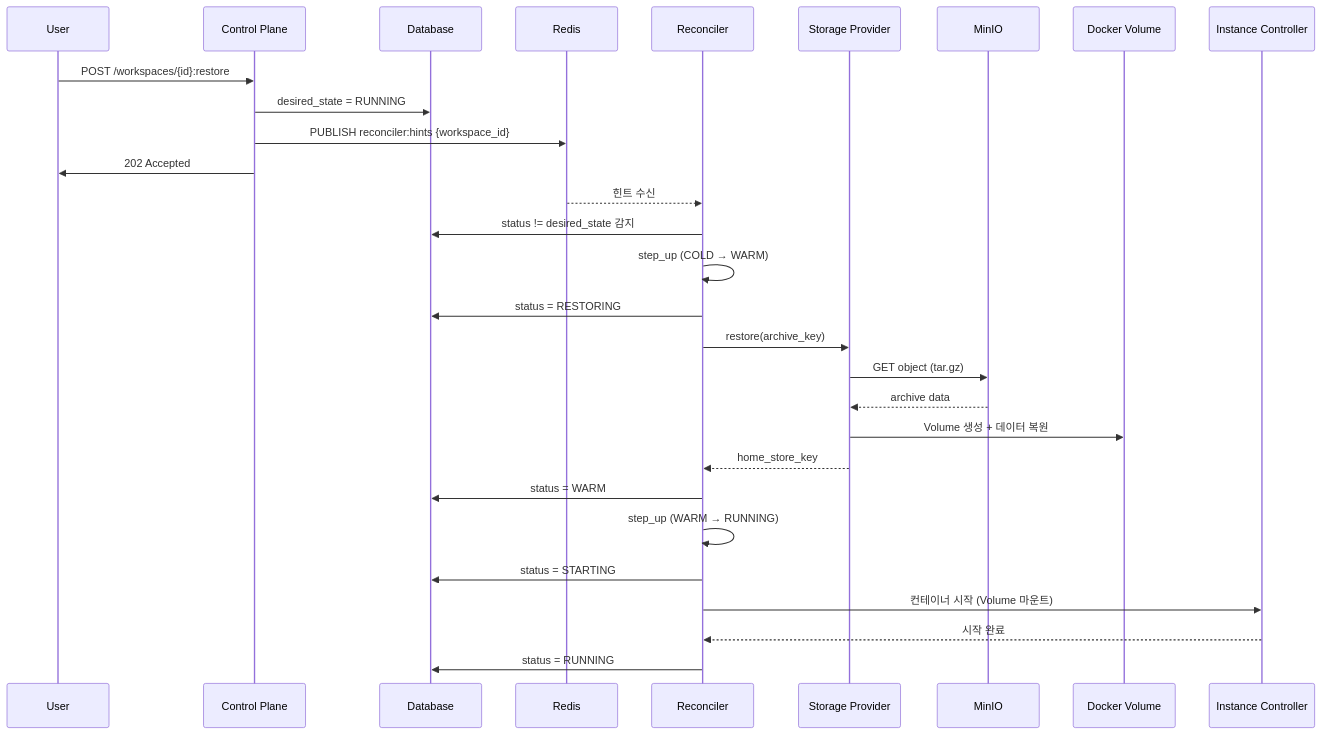
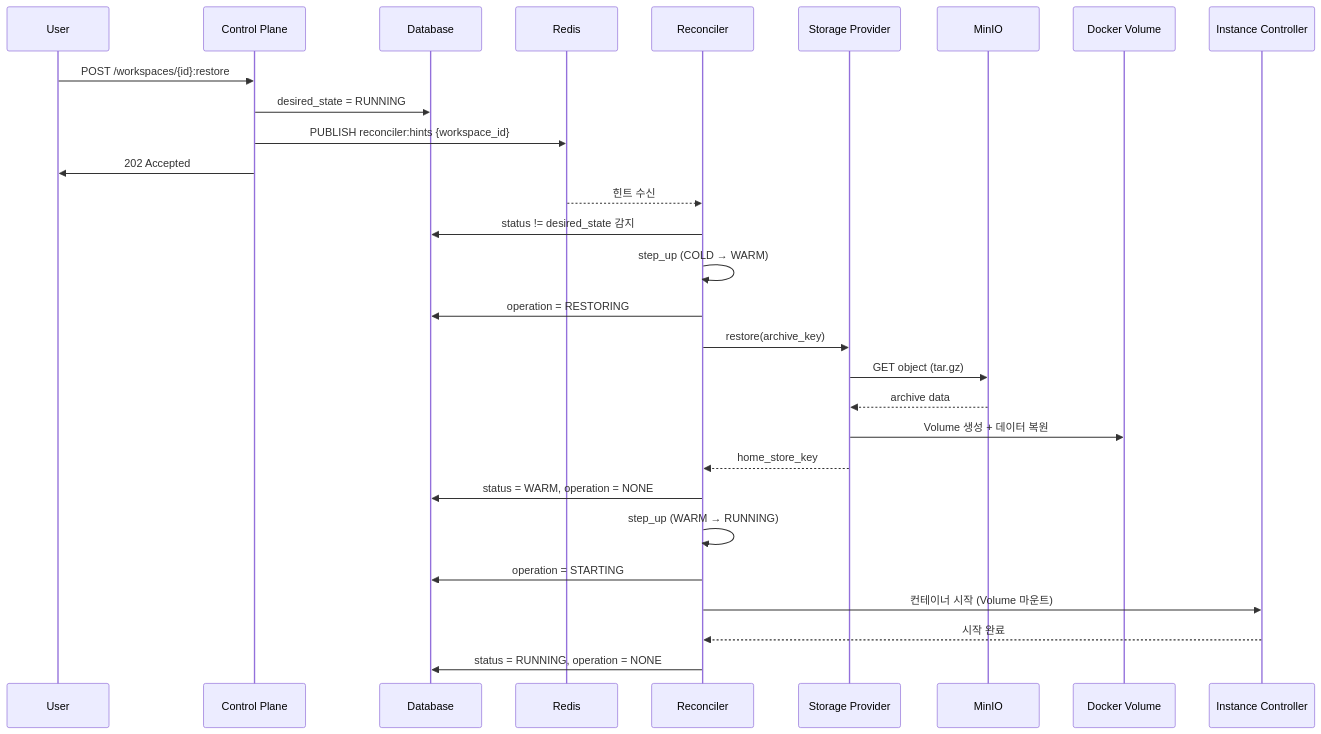
Before and after one commit to cagojeiger/code-hub: the fifth of 10 diagrams in docs/spec_v2/flows.md, drawn with Mermaid. The commit also changed other lines of this file and 4 other files, not shown here.

First line of the commit message:
docs(adr): add ADR-009 for status + operation separation

````diff
--- a/docs/spec_v2/flows.md
+++ b/docs/spec_v2/flows.md
@@ -171,34 +172,34 @@
 ```mermaid
 sequenceDiagram
     participant U as User
     participant API as Control Plane
     participant DB as Database
     participant Redis as Redis
     participant R as Reconciler
     participant S as Storage Provider
     participant M as MinIO
     participant V as Docker Volume
     participant I as Instance Controller
 
     U->>API: POST /workspaces/{id}:restore
     API->>DB: desired_state = RUNNING
     API->>Redis: PUBLISH reconciler:hints {workspace_id}
     API->>U: 202 Accepted
 
     Redis-->>R: 힌트 수신
     R->>DB: status != desired_state 감지
     R->>R: step_up (COLD → WARM)
-    R->>DB: status = RESTORING
+    R->>DB: operation = RESTORING
     R->>S: restore(archive_key)
     S->>M: GET object (tar.gz)
     M-->>S: archive data
     S->>V: Volume 생성 + 데이터 복원
     S-->>R: home_store_key
-    R->>DB: status = WARM
+    R->>DB: status = WARM, operation = NONE
 
     R->>R: step_up (WARM → RUNNING)
-    R->>DB: status = STARTING
+    R->>DB: operation = STARTING
     R->>I: 컨테이너 시작 (Volume 마운트)
     I-->>R: 시작 완료
-    R->>DB: status = RUNNING
+    R->>DB: status = RUNNING, operation = NONE
 ```
````
